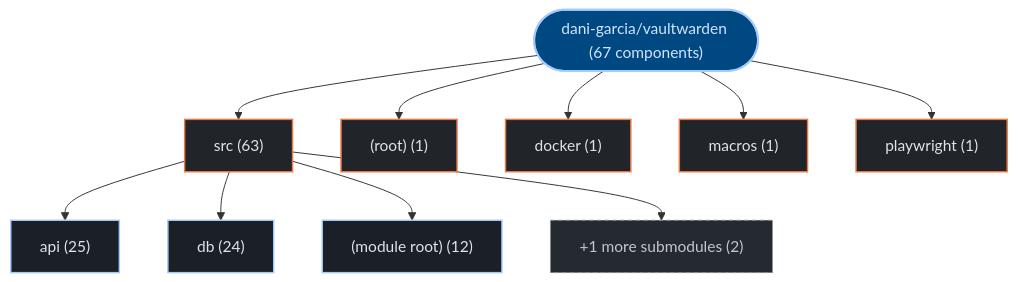
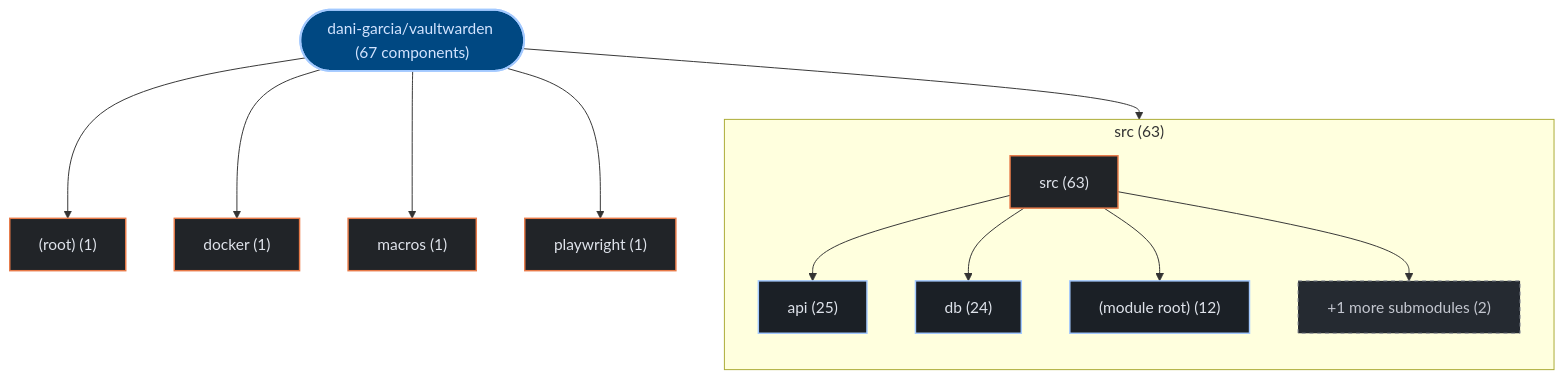
One commit to kumarshaz/atruss-code-atlas changed the first of 3 diagrams in exports/latest/reports/dani-garcia-vaultwarden-report.md. Above: the diagram before and after it, drawn with Mermaid. The commit also changed 178 other files, not shown here.

Commit message:
feat(ui,mermaid): upgrade to mermaid v12 + ELK layout, add orgs-summary + pagination, subgraph building blocks, fix tab alignment

````diff
--- a/exports/latest/reports/dani-garcia-vaultwarden-report.md
+++ b/exports/latest/reports/dani-garcia-vaultwarden-report.md
@@ -42,29 +42,32 @@
 ```mermaid
 graph TD;
   classDef atlasRoot fill:#004882,stroke:#a3c9ff,stroke-width:2px,color:#d3e4ff
   classDef atlasCategory fill:#212428,stroke:#E87A48,stroke-width:1.5px,color:#dfe3eb
   classDef atlasWorkflow fill:#1b2026,stroke:#a3c9ff,stroke-width:1.5px,color:#dfe3eb
   classDef atlasJob fill:#171c22,stroke:#8d9199,stroke-width:1px,color:#dfe3eb
   classDef atlasTarget fill:#005227,stroke:#8bd99b,stroke-width:1.5px,color:#a7f6b6
   classDef atlasAlert fill:#93000a,stroke:#ffb4ab,stroke-width:1.5px,color:#ffdad6
   classDef atlasMore fill:#252a31,stroke:#8d9199,stroke-dasharray:4 4,color:#c3c6cf
     repo_root(["dani-garcia/vaultwarden (67 components)"]):::atlasRoot
-    dir_0_src["src (63)"]:::atlasCategory
+    subgraph sg_dir_0_src["src (63)"]
+      direction TB
+      dir_0_src["src (63)"]:::atlasCategory
+      sub_0_0_api["api (25)"]:::atlasWorkflow
+      dir_0_src --> sub_0_0_api
+      sub_0_1_db["db (24)"]:::atlasWorkflow
+      dir_0_src --> sub_0_1_db
+      sub_0_2__module_root_["(module root) (12)"]:::atlasWorkflow
+      dir_0_src --> sub_0_2__module_root_
+      sub_0_more["+1 more submodules (2)"]:::atlasMore
+      dir_0_src --> sub_0_more
+    end
     repo_root --> dir_0_src
-    sub_0_0_api["api (25)"]:::atlasWorkflow
-    dir_0_src --> sub_0_0_api
-    sub_0_1_db["db (24)"]:::atlasWorkflow
-    dir_0_src --> sub_0_1_db
-    sub_0_2__module_root_["(module root) (12)"]:::atlasWorkflow
-    dir_0_src --> sub_0_2__module_root_
-    sub_0_more["+1 more submodules (2)"]:::atlasMore
-    dir_0_src --> sub_0_more
     dir_1__root_["(root) (1)"]:::atlasCategory
     repo_root --> dir_1__root_
     dir_2_docker["docker (1)"]:::atlasCategory
     repo_root --> dir_2_docker
     dir_3_macros["macros (1)"]:::atlasCategory
     repo_root --> dir_3_macros
     dir_4_playwright["playwright (1)"]:::atlasCategory
     repo_root --> dir_4_playwright
 ```
````
